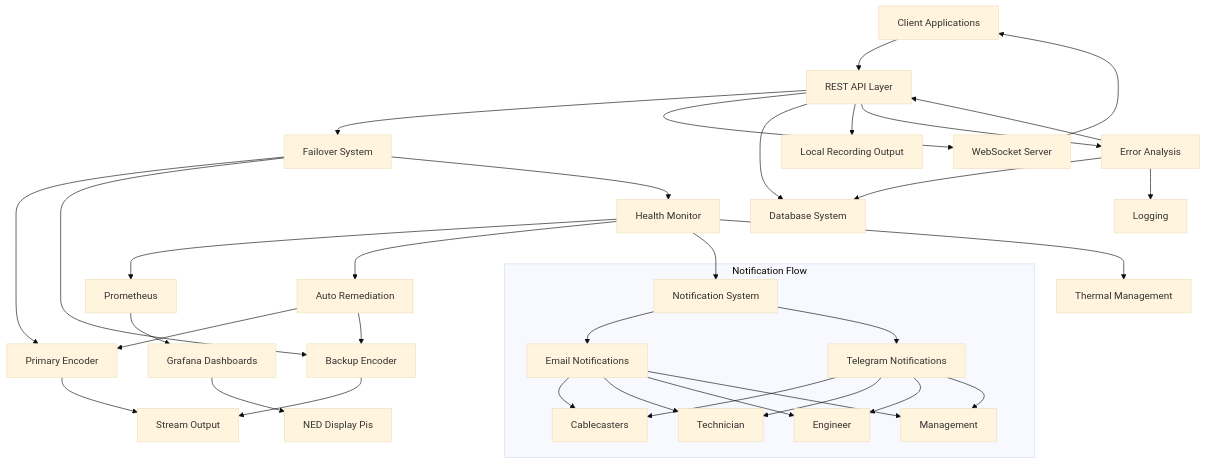
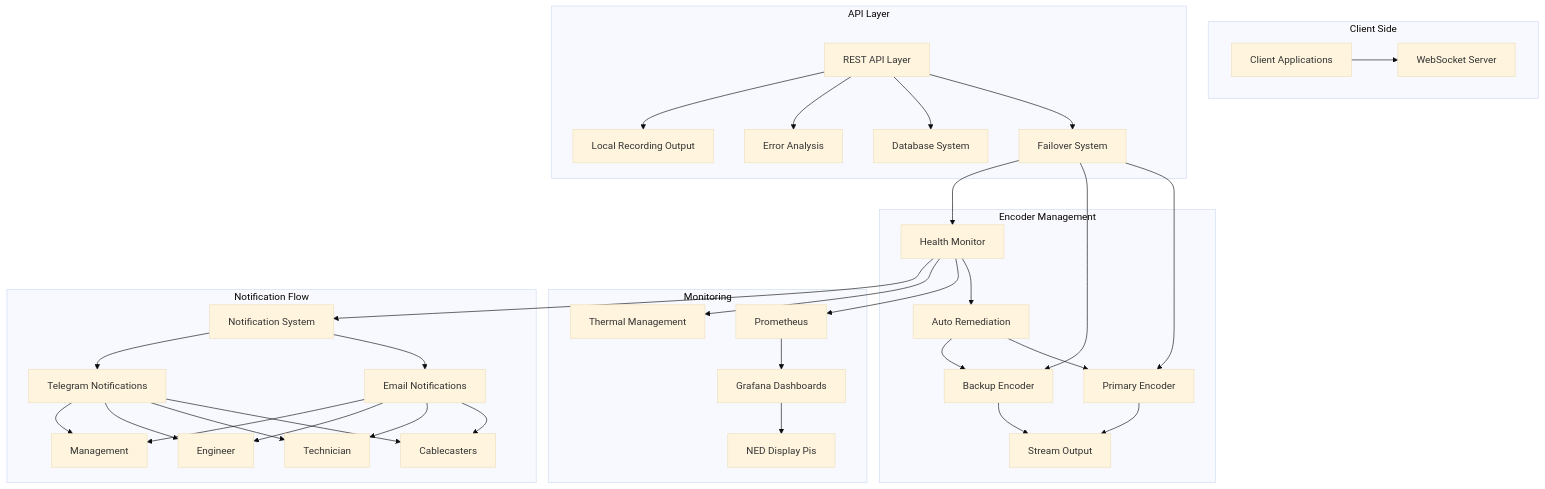
The diagram in README.md (SCC-Dev-256/WatchTower), drawn with Mermaid (base theme) before and after one commit.

Commit message:
Refactor README.md to enhance system architecture clarity
- Updated the mermaid diagram to better organize components into distinct subgraphs: Client Side, API Layer, Encoder Management, Monitoring, and Notification Flow.
- Improved the representation of interactions between various system components, including the Health Monitor, Prometheus, and Notification System.
- Enhanced overall documentation quality, providing a clearer understanding of the system's capabilities and interactions.

````diff
--- a/README.md
+++ b/README.md
@@ -8,43 +8,45 @@
 ```mermaid
 graph TD
-Client[Client Applications] --> API[REST API Layer]
-API --> FS[Failover System]
-API --> WS[WebSocket Server]
-FS --> E1[Primary Encoder]
-FS --> E2[Backup Encoder]
-FS --> Monitor[Health Monitor]
-Monitor --> Prometheus[Prometheus]
-Prometheus --> Grafana[Grafana Dashboards]
-Monitor --> AutoFix[Auto Remediation]
-AutoFix --> E1
-AutoFix --> E2
-E1 --> Stream[Stream Output]
-E2 --> Stream
-WS --> Client
-Monitor --> NotificationSystem[Notification System]
+    subgraph Client Side
+        Client[Client Applications] --> WS[WebSocket Server]
+    end
 
-subgraph Notification Flow
-    NotificationSystem --> Email[Email Notifications]
-    NotificationSystem --> Telegram[Telegram Notifications]
-    Email --> Cablecasters[Cablecasters]
-    Email --> Technician[Technician]
-    Email --> Engineer[Engineer]
-    Email --> Management[Management]
-    Telegram --> Cablecasters
-    Telegram --> Technician
-    Telegram --> Engineer
-    Telegram --> Management
-end
+    subgraph API Layer
+        API[REST API Layer] --> FS[Failover System]
+        API --> DatabaseSystem[Database System]
+        API --> ErrorAnalysis[Error Analysis]
+        API --> Recording[Local Recording Output]
+    end
 
-Grafana --> NEDDisplayPis[NED Display Pis]
+    subgraph Encoder Management
+        FS --> E1[Primary Encoder]
+        FS --> E2[Backup Encoder]
+        FS --> Monitor[Health Monitor]
+        Monitor --> AutoFix[Auto Remediation]
+        AutoFix --> E1
+        AutoFix --> E2
+        E1 --> Stream[Stream Output]
+        E2 --> Stream
+    end
 
-API --> DatabaseSystem[Database System]
-API --> Recording[Local Recording Output]
+    subgraph Monitoring
+        Monitor --> Prometheus[Prometheus]
+        Prometheus --> Grafana[Grafana Dashboards]
+        Grafana --> NEDDisplayPis[NED Display Pis]
+        Monitor --> ThermalManagement[Thermal Management]
+    end
 
-API --> ErrorAnalysis[Error Analysis]
-ErrorAnalysis --> DatabaseSystem
-ErrorAnalysis --> Logging[Logging]
-ErrorAnalysis --> API
-
-Monitor --> ThermalManagement[Thermal Management]
+    subgraph Notification Flow
+        Monitor --> NotificationSystem[Notification System]
+        NotificationSystem --> Email[Email Notifications]
+        NotificationSystem --> Telegram[Telegram Notifications]
+        Email --> Cablecasters[Cablecasters]
+        Email --> Technician[Technician]
+        Email --> Engineer[Engineer]
+        Email --> Management[Management]
+        Telegram --> Cablecasters
+        Telegram --> Technician
+        Telegram --> Engineer
+        Telegram --> Management
+    end
 ```
````
